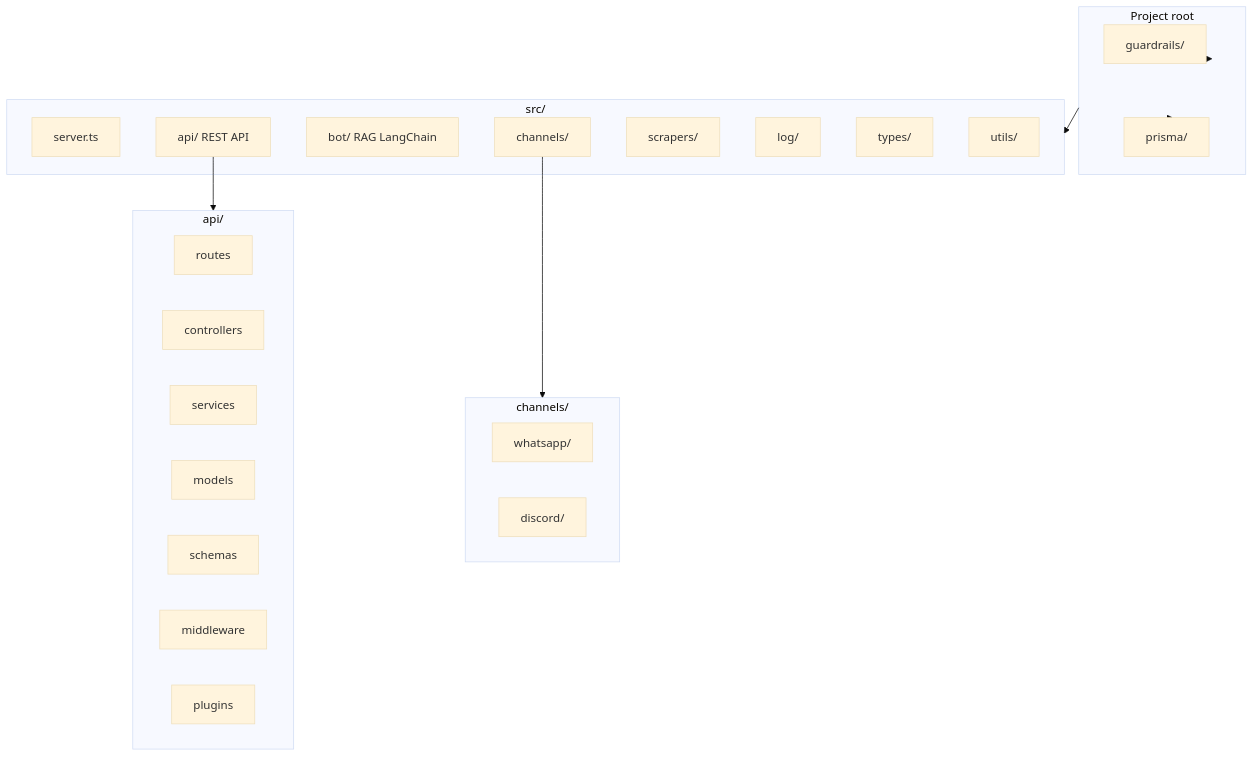
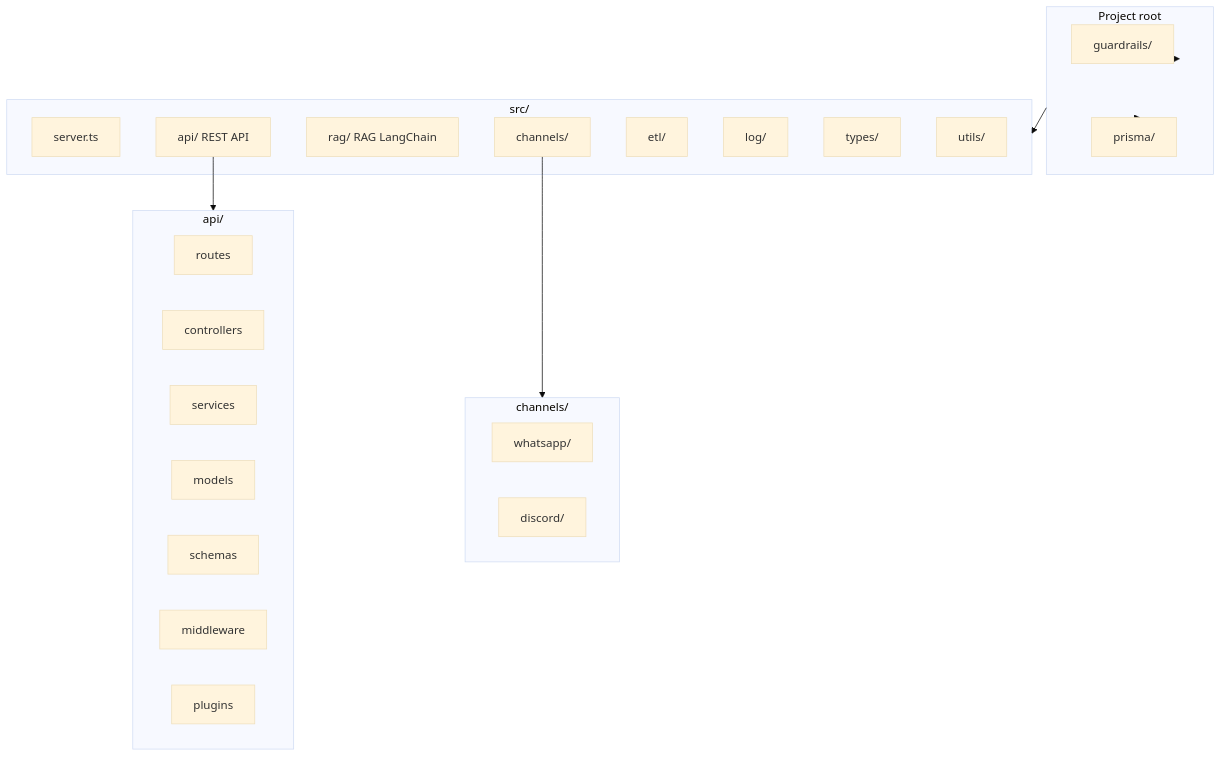
One commit to sorocode-comunidade/swanytello changed the second of 3 diagrams in README.md. Above: the diagram before and after it, drawn with Mermaid (base theme). The commit also changed other lines of this file and 36 other files, not shown here.

````diff
--- a/README.md
+++ b/README.md
@@ -83,39 +85,39 @@
 ```mermaid
 flowchart TB
   subgraph root [Project root]
     guardrails[guardrails/]
     prisma_root[prisma/]
   end
 
   subgraph src_content [src/]
     server[server.ts]
     api[api/ REST API]
-    bot[bot/ RAG LangChain]
+    rag[rag/ RAG LangChain]
     channels[channels/]
-    scrapers[scrapers/]
+    etl[etl/]
     log[log/]
     types[types/]
     utils[utils/]
   end
 
   subgraph api_detail [api/]
     routes[routes]
     controllers[controllers]
     services[services]
     models[models]
     schemas[schemas]
     middleware[middleware]
     plugins[plugins]
   end
 
   subgraph channels_detail [channels/]
     whatsapp[whatsapp/]
     discord[discord/]
   end
 
   root --> guardrails
   root --> prisma_root
   root --> src_content
   api --> api_detail
   channels --> channels_detail
 ```
````
